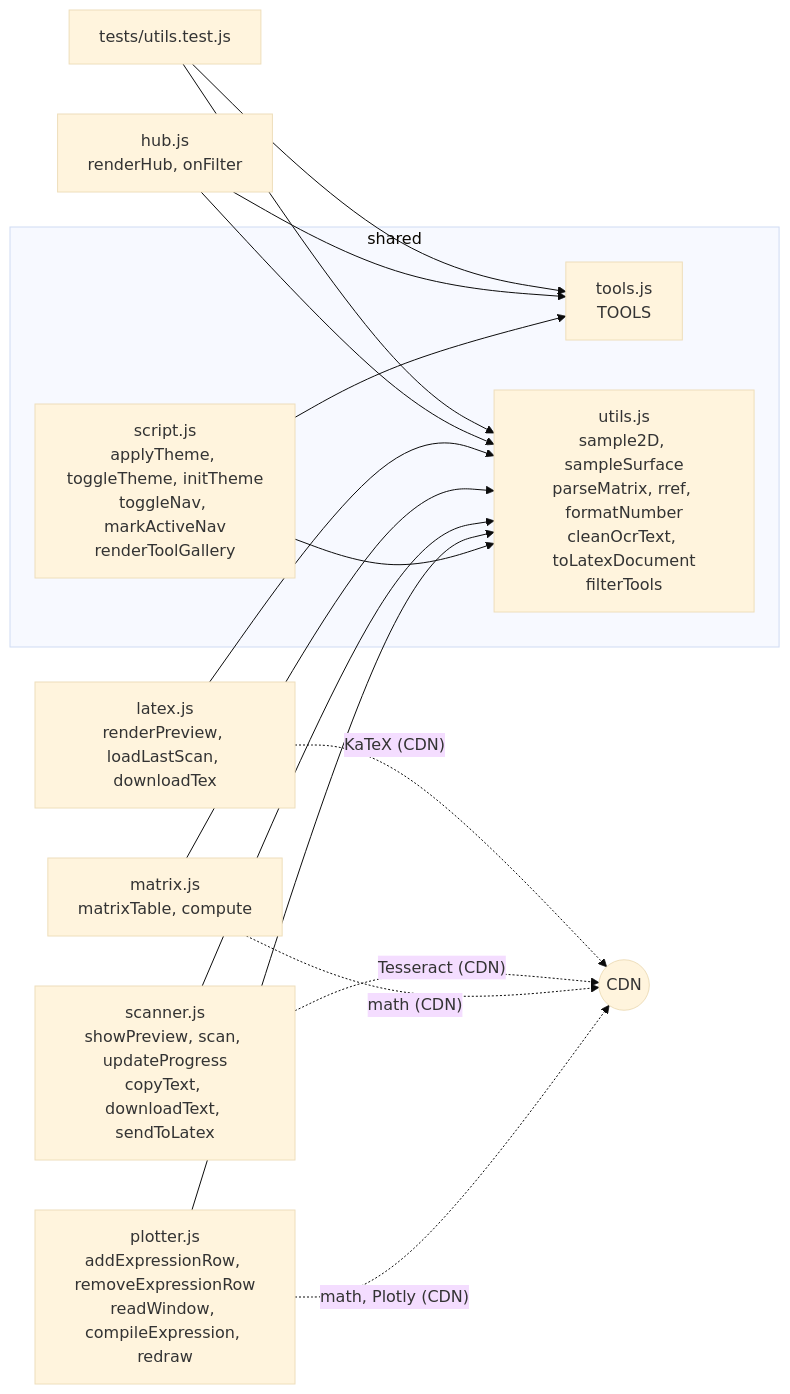
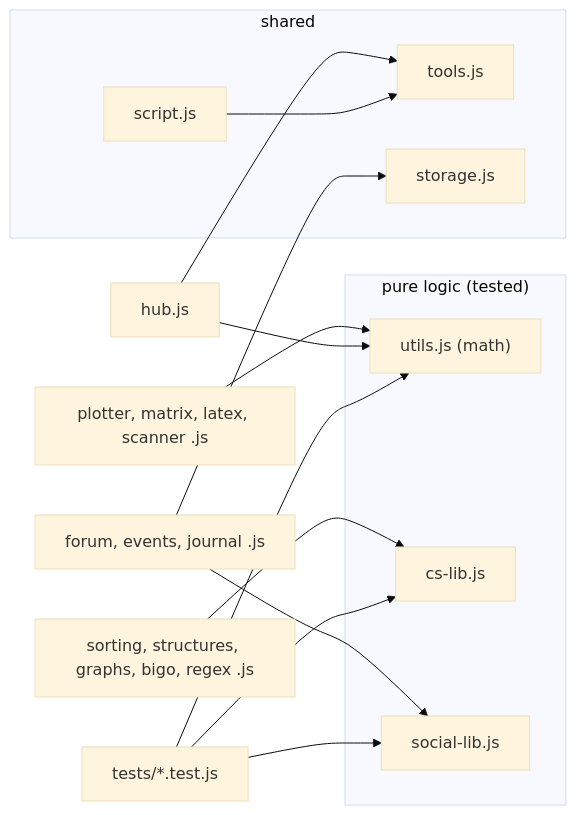
Before and after one commit to ChrisMedkit/CS-235-IntroToAI: the fifth of 9 diagrams in DIAGRAM.md, drawn with Mermaid (base theme). The commit also changed other lines of this file and 57 other files, not shown here.

First line of the commit message:
Add theme, fonts, and Math/CS/Social sections

````diff
--- a/DIAGRAM.md
+++ b/DIAGRAM.md
@@ -67,23 +95,19 @@
 ```mermaid
 flowchart LR
   subgraph shared["shared"]
-    SC["script.js<br>applyTheme, toggleTheme, initTheme<br>toggleNav, markActiveNav<br>renderToolGallery"]
-    TL["tools.js<br>TOOLS"]
-    U["utils.js<br>sample2D, sampleSurface<br>parseMatrix, rref, formatNumber<br>cleanOcrText, toLatexDocument<br>filterTools"]
+    SC["script.js"]
+    TL["tools.js"]
+    ST["storage.js"]
   end
-  PL["plotter.js<br>addExpressionRow, removeExpressionRow<br>readWindow, compileExpression, redraw"]
-  SN["scanner.js<br>showPreview, scan, updateProgress<br>copyText, downloadText, sendToLatex"]
-  MX["matrix.js<br>matrixTable, compute"]
-  LX["latex.js<br>renderPreview, loadLastScan, downloadTex"]
-  HJ["hub.js<br>renderHub, onFilter"]
-  T["tests/utils.test.js"]
+  subgraph libs["pure logic (tested)"]
+    U["utils.js (math)"]
+    CL["cs-lib.js"]
+    SL["social-lib.js"]
+  end
+  MATH["plotter, matrix, latex, scanner .js"] --> U
+  CS["sorting, structures, graphs, bigo, regex .js"] --> CL
+  SOC["forum, events, journal .js"] --> SL & ST
+  HJ["hub.js"] --> U & TL
   SC --> TL
-  SC --> U
-  HJ --> TL
-  PL & SN & MX & LX & HJ --> U
-  T --> U & TL
-  PL -. "math, Plotly (CDN)" .-> X1(("CDN"))
-  MX -. "math (CDN)" .-> X1
-  SN -. "Tesseract (CDN)" .-> X1
-  LX -. "KaTeX (CDN)" .-> X1
+  T["tests/*.test.js"] --> U & CL & SL
 ```
````
